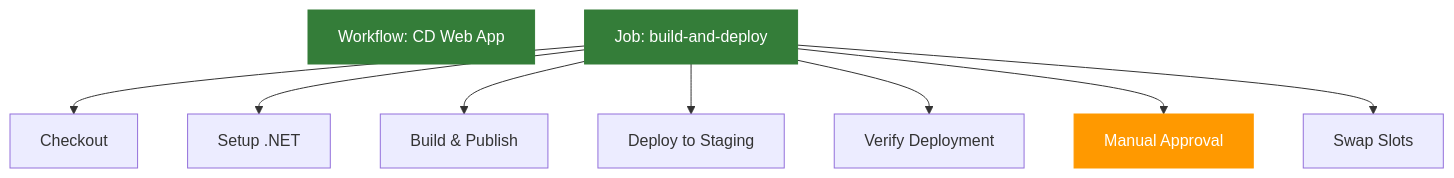
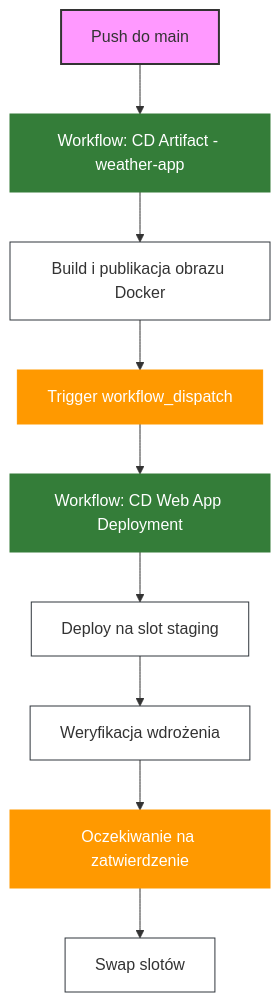
One commit to wguzik/basiccicd changed the diagram in README-deployment-webapp.md. Above: the diagram before and after it, drawn with Mermaid. The commit also changed other lines of this file and 6 other files, not shown here.

````diff
--- a/README-deployment-webapp.md
+++ b/README-deployment-webapp.md
@@ -187,17 +202,21 @@
 ```mermaid
 graph TD
-    A[Workflow: CD Web App]
-    B[Job: build-and-deploy]
+    A[Push do main] --> B[Workflow: CD Artifact - weather-app]
+    B --> C[Build i publikacja obrazu Docker]
+    C --> D[Trigger workflow_dispatch]
+    D --> E[Workflow: CD Web App Deployment]
+    E --> F[Deploy na slot staging]
+    F --> G[Weryfikacja wdrożenia]
+    G --> H[Oczekiwanie na zatwierdzenie]
+    H --> I[Swap slotów]
     
-    B --> C[Checkout]
-    B --> D[Setup .NET]
-    B --> E[Build & Publish]
-    B --> F[Deploy to Staging]
-    B --> G[Verify Deployment]
-    B --> H[Manual Approval]
-    B --> I[Swap Slots]
-    
-    style A fill:#347d39,stroke:#347d39,color:#ffffff
+    style A fill:#f9f,stroke:#333,stroke-width:2px
     style B fill:#347d39,stroke:#347d39,color:#ffffff
+    style C fill:#ffffff,stroke:#30363d
+    style D fill:#ff9900,stroke:#ff9900,color:#ffffff
+    style E fill:#347d39,stroke:#347d39,color:#ffffff
+    style F fill:#ffffff,stroke:#30363d
+    style G fill:#ffffff,stroke:#30363d
     style H fill:#ff9900,stroke:#ff9900,color:#ffffff
+    style I fill:#ffffff,stroke:#30363d
 ```
````
